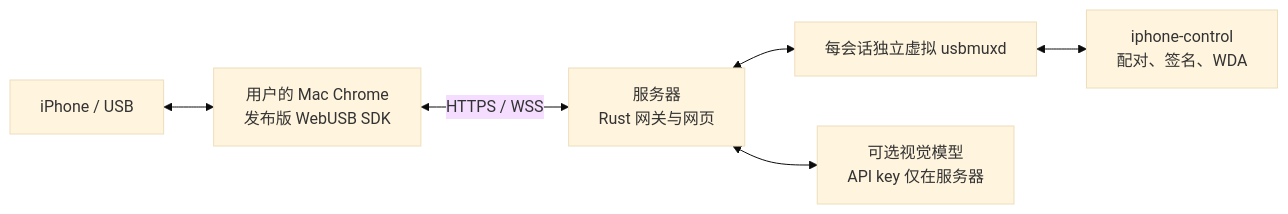
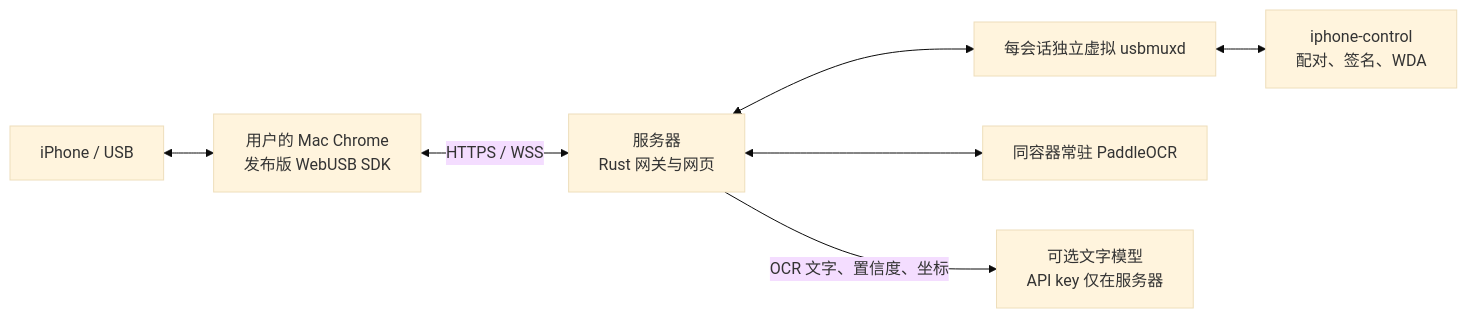
One commit to cosinec/phone-use changed the diagram in browser-control/README.md. Above: the diagram before and after it, drawn with Mermaid (base theme). The commit also changed other lines of this file and 27 other files, not shown here.

Commit message:
feat: plan phone actions from PaddleOCR text and reduce observation overhead

````diff
--- a/browser-control/README.md
+++ b/browser-control/README.md
@@ -5,8 +5,9 @@
 ```mermaid
 flowchart LR
   I[iPhone / USB] <--> B[用户的 Mac Chrome\n发布版 WebUSB SDK]
   B <-->|HTTPS / WSS| G[服务器\nRust 网关与网页]
   G <--> M[每会话独立虚拟 usbmuxd]
   M <--> N[iphone-control\n配对、签名、WDA]
-  G <--> A[可选视觉模型\nAPI key 仅在服务器]
+  G <--> O[同容器常驻 PaddleOCR]
+  G -->|OCR 文字、置信度、坐标| A[可选文字模型\nAPI key 仅在服务器]
 ```
````
